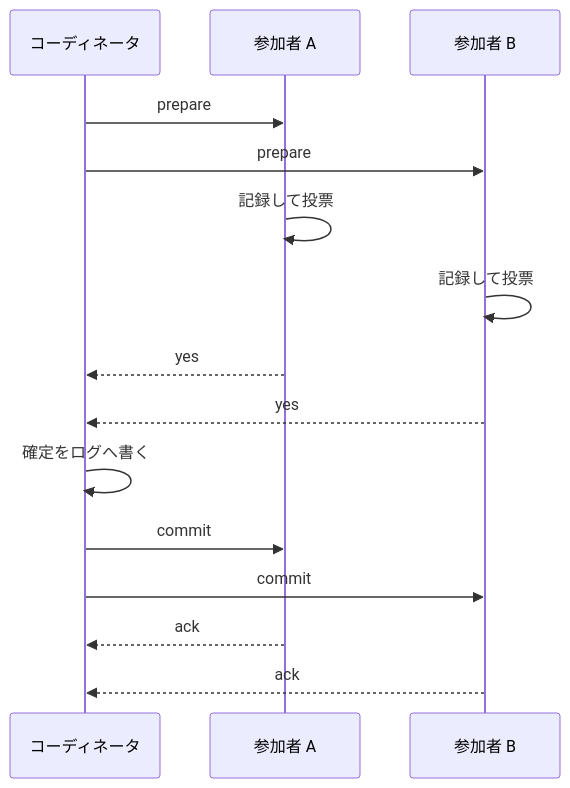
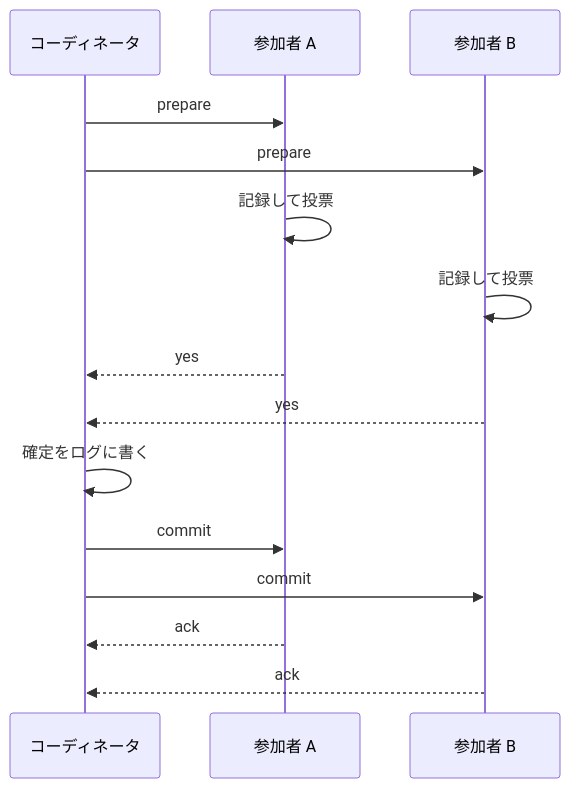
Before and after one commit to nao1215/debimate: the fifth of 7 diagrams in content/notes/distributed-systems/two-phase-commit/index.md, drawn with Mermaid. The commit also changed other lines of this file and 46 other files, not shown here.

````diff
--- a/content/notes/distributed-systems/two-phase-commit/index.md
+++ b/content/notes/distributed-systems/two-phase-commit/index.md
@@ -103,17 +103,17 @@
 ```mermaid
 sequenceDiagram
     participant C as コーディネータ
     participant P1 as 参加者 A
     participant P2 as 参加者 B
     C->>P1: prepare
     C->>P2: prepare
     P1->>P1: 記録して投票
     P2->>P2: 記録して投票
     P1-->>C: yes
     P2-->>C: yes
-    C->>C: 確定をログへ書く
+    C->>C: 確定をログに書く
     C->>P1: commit
     C->>P2: commit
     P1-->>C: ack
     P2-->>C: ack
 ```
````
